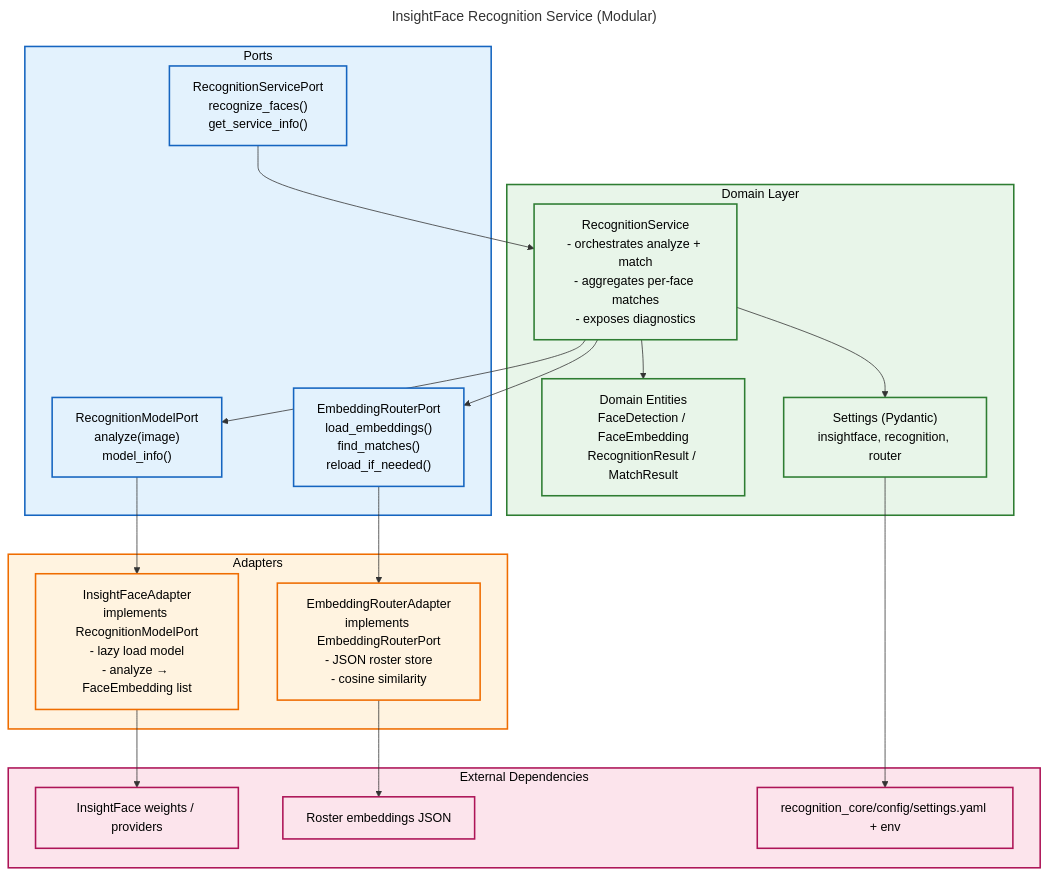
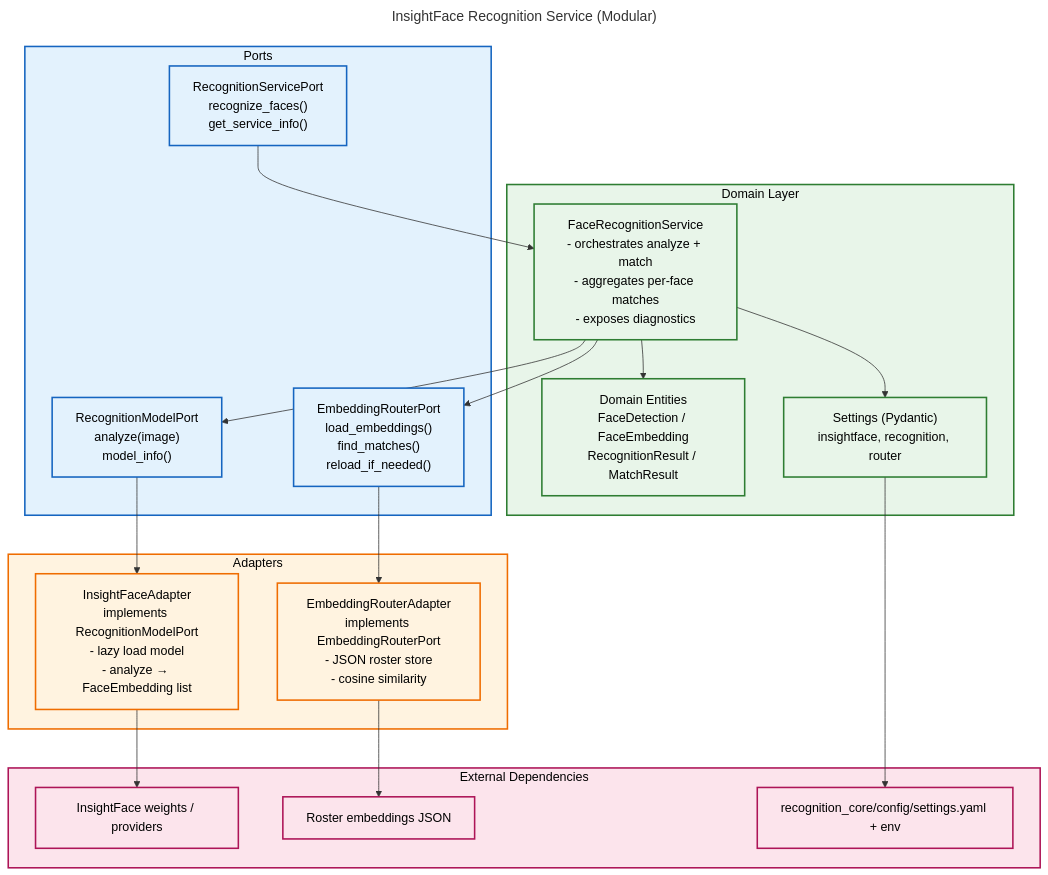
The diagram in docs/architecture/backend-uml/recognition_service.mermaid (darce/context-alt-text-monorepo), drawn with Mermaid before and after one commit. The commit also changed 11 other files, not shown here.

Commit message:
Rename recognition orchestrator to FaceRecognitionService

```diff
--- a/docs/architecture/backend-uml/recognition_service.mermaid
+++ b/docs/architecture/backend-uml/recognition_service.mermaid
@@ -1,49 +1,49 @@
 ---
 title: InsightFace Recognition Service (Modular)
 ---
 flowchart TB
     subgraph ports["Ports"]
         recognition_port["RecognitionServicePort\nrecognize_faces()\nget_service_info()"]
         model_port["RecognitionModelPort\nanalyze(image)\nmodel_info()"]
         embedding_port["EmbeddingRouterPort\nload_embeddings()\nfind_matches()\nreload_if_needed()"]; 
     end
 
     subgraph domain["Domain Layer"]
-        recognition_service["RecognitionService\n- orchestrates analyze + match\n- aggregates per-face matches\n- exposes diagnostics"]
+        recognition_service["FaceRecognitionService\n- orchestrates analyze + match\n- aggregates per-face matches\n- exposes diagnostics"]
         recognition_entities["Domain Entities\nFaceDetection / FaceEmbedding\nRecognitionResult / MatchResult"]
         recognition_settings["Settings (Pydantic)\ninsightface, recognition, router"]
     end
 
     subgraph adapters["Adapters"]
         insightface_adapter["InsightFaceAdapter\nimplements RecognitionModelPort\n- lazy load model\n- analyze → FaceEmbedding list"]
         embedding_router["EmbeddingRouterAdapter\nimplements EmbeddingRouterPort\n- JSON roster store\n- cosine similarity"]
     end
 
     subgraph external["External Dependencies"]
         insightface_weights["InsightFace weights / providers"]
         embeddings_file["Roster embeddings JSON"]
         settings_yaml["recognition_core/config/settings.yaml + env"]
     end
 
     recognition_port --> recognition_service
     recognition_service --> recognition_entities
     recognition_service --> recognition_settings
     recognition_service --> model_port
     recognition_service --> embedding_port
 
     model_port --> insightface_adapter
     embedding_port --> embedding_router
 
     insightface_adapter --> insightface_weights
     embedding_router --> embeddings_file
     recognition_settings --> settings_yaml
 
     classDef portsClass fill:#e3f2fd,stroke:#1565c0,color:#000,stroke-width:2px
     classDef domainClass fill:#e8f5e9,stroke:#2e7d32,color:#000,stroke-width:2px
     classDef adapterClass fill:#fff3e0,stroke:#ef6c00,color:#000,stroke-width:2px
     classDef externalClass fill:#fce4ec,stroke:#ad1457,color:#000,stroke-width:2px
 
     class ports,recognition_port,model_port,embedding_port portsClass
     class domain,recognition_service,recognition_entities,recognition_settings domainClass
     class adapters,insightface_adapter,embedding_router adapterClass
     class external,insightface_weights,embeddings_file,settings_yaml externalClass
```
